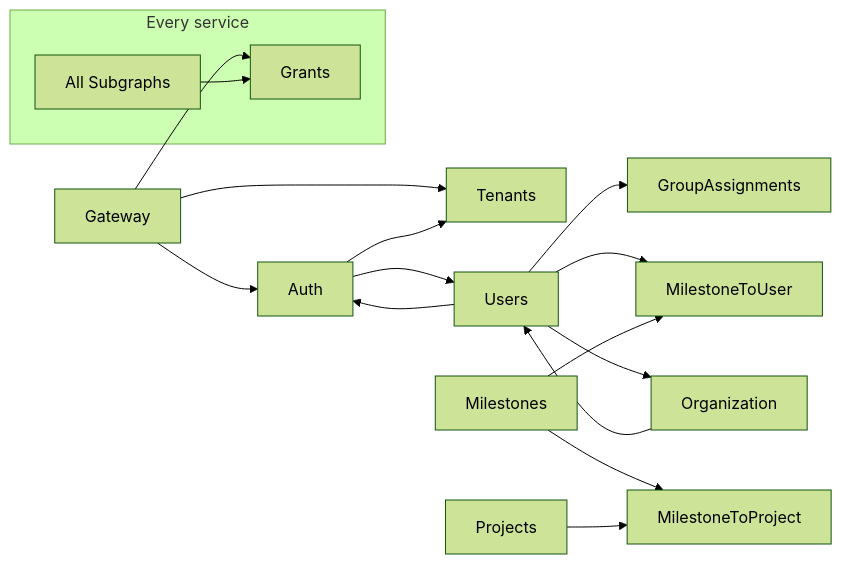
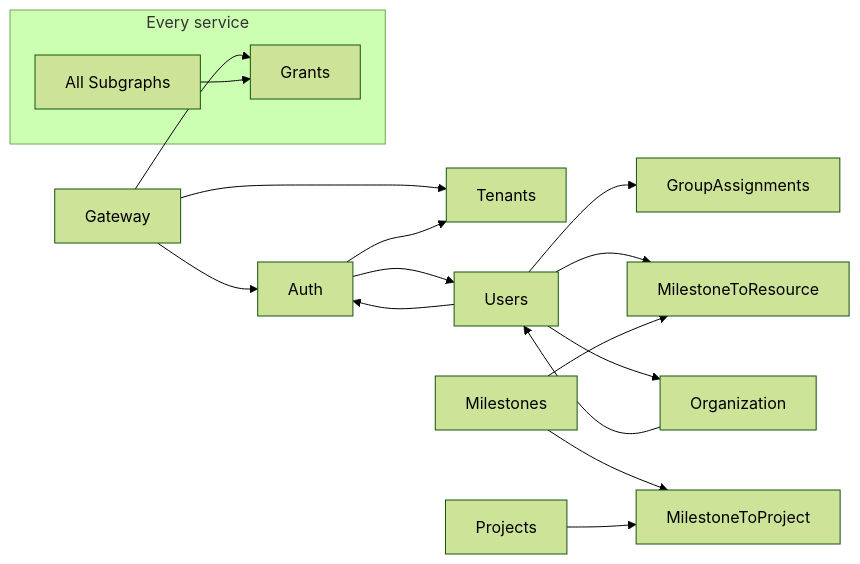
Before and after one commit to CucuProject/cucu-docs: the fifth of 5 diagrams in docs/architecture/overview.md, drawn with Mermaid (forest theme). The commit also changed other lines of this file and 31 other files, not shown here.

````diff
--- a/docs/architecture/overview.md
+++ b/docs/architecture/overview.md
@@ -175,25 +175,25 @@
 ```mermaid
 graph LR
     GW[Gateway] --> AUTH[Auth]
     GW --> TENANTS[Tenants]
     GW --> GRANTS[Grants]
     
     AUTH --> USERS[Users]
     AUTH --> TENANTS
     
     USERS --> GA[GroupAssignments]
-    USERS --> M2U[MilestoneToUser]
+    USERS --> MTR[MilestoneToResource]
     USERS --> ORG[Organization]
     USERS --> AUTH
     
-    MILESTONES[Milestones] --> M2U
+    MILESTONES[Milestones] --> MTR
     MILESTONES --> M2P[MilestoneToProject]
     
     PROJECTS[Projects] --> M2P
     
     ORG --> USERS
     
     subgraph "Every service"
         ALL[All Subgraphs] --> GRANTS
     end
 ```
````
